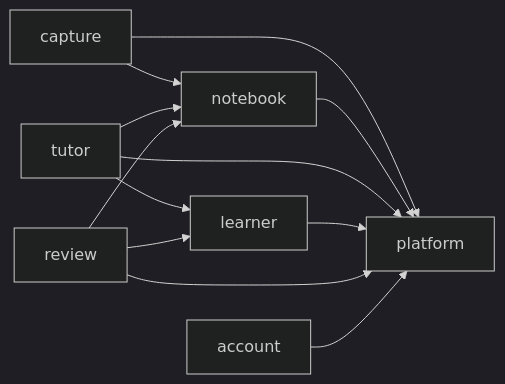
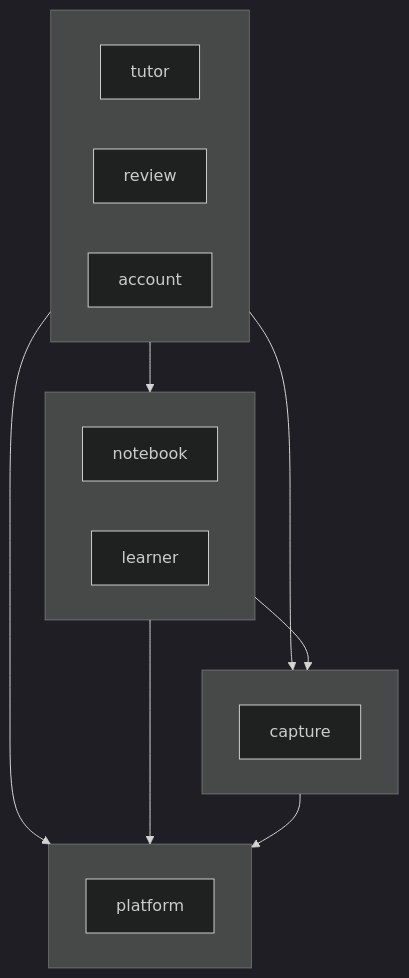
The third of 11 diagrams in docs/architecture.md (MinGyu-Kim0/notree), drawn with Mermaid (dark theme) before and after one commit. The commit also changed other lines of this file and 5 other files, not shown here.

````diff
--- a/docs/architecture.md
+++ b/docs/architecture.md
@@ -94,9 +94,26 @@
 ```mermaid
-flowchart LR
-  capture --> notebook
-  tutor --> notebook
-  tutor --> learner
-  review --> learner
-  review --> notebook
-  capture & notebook & tutor & learner & review & account --> platform
+flowchart TB
+  subgraph L1[" "]
+    direction LR
+    tutor
+    review
+    account
+  end
+  subgraph L2[" "]
+    direction LR
+    notebook
+    learner
+  end
+  subgraph L3[" "]
+    capture
+  end
+  subgraph L4[" "]
+    platform
+  end
+  L1 --> L2
+  L1 --> L3
+  L1 --> L4
+  L2 --> L3
+  L2 --> L4
+  L3 --> L4
 ```
````
